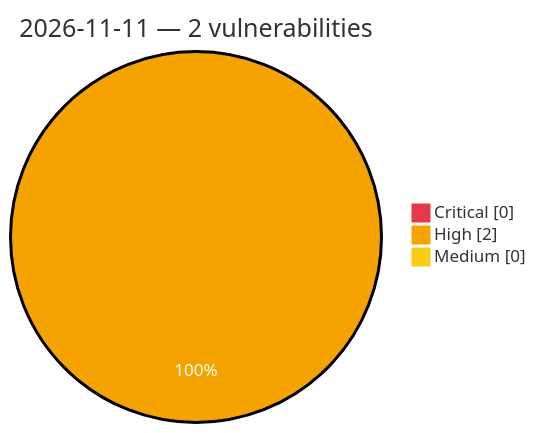
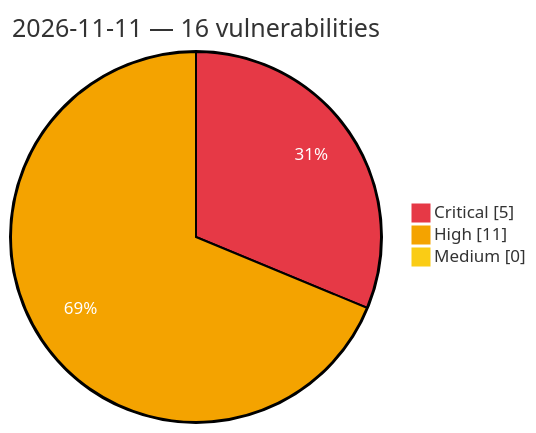
Before and after one commit to GhostX0X/vuln-tracker: the diagram in vulnerabilities/2026/November/2026-11-11.md, drawn with Mermaid. The commit also changed other lines of this file and 5 other files, not shown here.

Commit message:
Auto update: critical/high vulns (2026-11-11 10:19 UTC)

````diff
--- a/vulnerabilities/2026/November/2026-11-11.md
+++ b/vulnerabilities/2026/November/2026-11-11.md
@@ -3,8 +3,8 @@
 ```mermaid
 %%{init: {'theme':'base', 'themeVariables': {'pie1':'#e63946', 'pie2':'#f4a300', 'pie3':'#facc15', 'pieOpacity':'1', 'pieOuterStrokeWidth':'2px', 'pieSectionTextColor':'#ffffff'}}}%%
 pie showData
-    title 2026-11-11 — 2 vulnerabilities
-    "Critical" : 0
-    "High" : 2
+    title 2026-11-11 — 16 vulnerabilities
+    "Critical" : 5
+    "High" : 11
     "Medium" : 0
 ```
````
